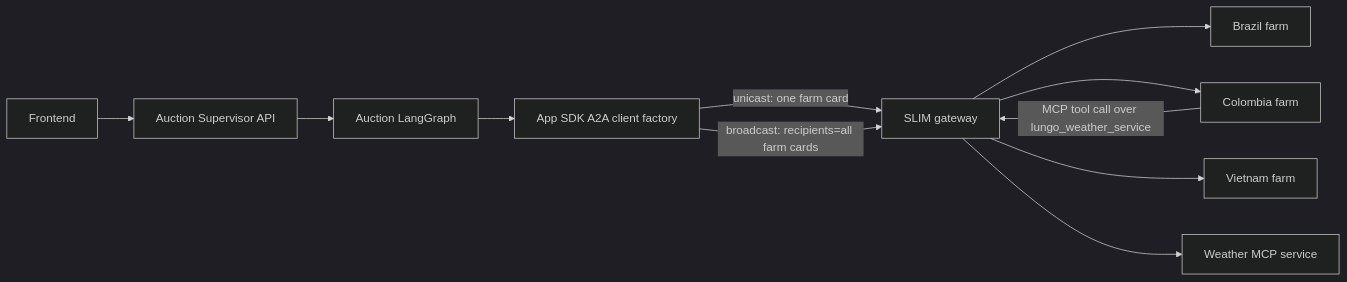
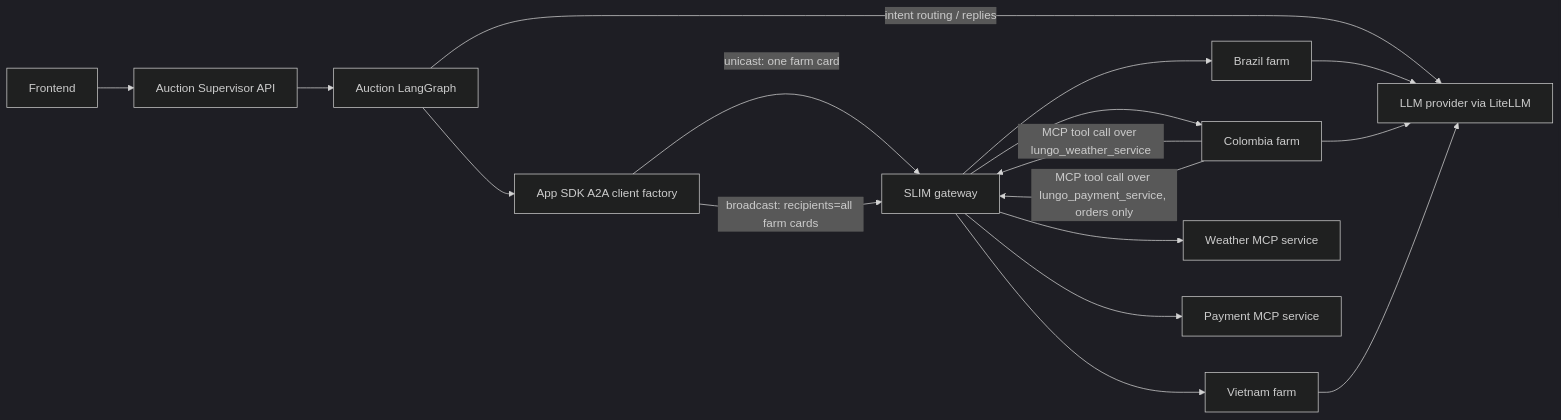
One commit to agntcy/coffeeAgntcy changed the first of 3 diagrams in coffeeAGNTCY/coffee_agents/lungo/README.md. Above: the diagram before and after it, drawn with Mermaid (dark theme). The commit also changed other lines of this file and 1 other file, not shown here.

Commit message:
docs(corto,lungo,arch): add missing details

````diff
--- a/coffeeAGNTCY/coffee_agents/lungo/README.md
+++ b/coffeeAGNTCY/coffee_agents/lungo/README.md
@@ -56,23 +56,31 @@
 ```mermaid
 flowchart LR
     UI[Frontend]
     API[Auction Supervisor API]
     GRAPH[Auction LangGraph]
     SDK[App SDK A2A client factory]
     SLIM[SLIM gateway]
     BRAZIL[Brazil farm]
     COLOMBIA[Colombia farm]
     VIETNAM[Vietnam farm]
     WEATHER[Weather MCP service]
+    PAYMENT[Payment MCP service]
+    LLM[LLM provider via LiteLLM]
 
     UI --> API
     API --> GRAPH
     GRAPH --> SDK
     SDK -->|unicast: one farm card| SLIM
     SDK -->|broadcast: recipients=all farm cards| SLIM
     SLIM --> BRAZIL
     SLIM --> COLOMBIA
     SLIM --> VIETNAM
     COLOMBIA -->|MCP tool call over lungo_weather_service| SLIM
     SLIM --> WEATHER
+    COLOMBIA -->|MCP tool call over lungo_payment_service, orders only| SLIM
+    SLIM --> PAYMENT
+    GRAPH -->|intent routing / replies| LLM
+    BRAZIL --> LLM
+    COLOMBIA --> LLM
+    VIETNAM --> LLM
 ```
````
